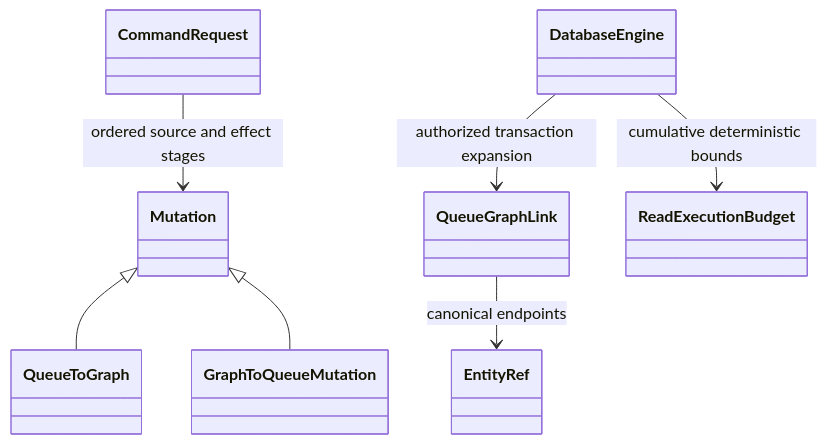
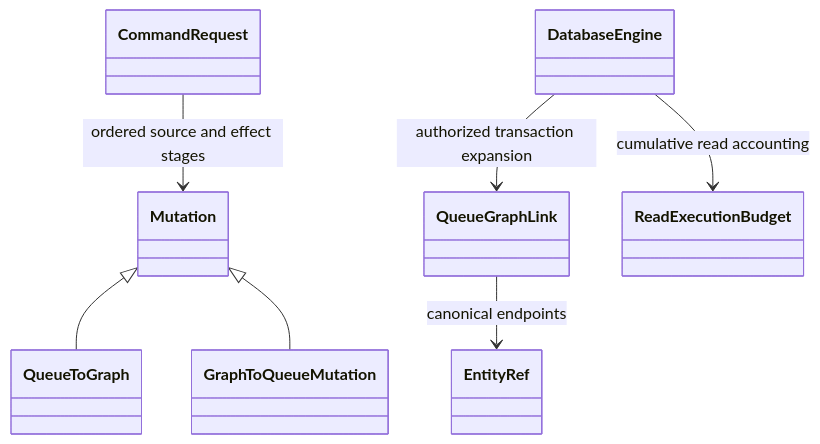
Before and after one commit to managedcode/KeyLoad: the second of 30 diagrams in docs/Architecture.md, drawn with Mermaid. The commit also changed other lines of this file and 958 other files, not shown here.

````diff
--- a/docs/Architecture.md
+++ b/docs/Architecture.md
@@ -43,9 +43,9 @@
 ```mermaid
 classDiagram
     Mutation <|-- QueueToGraph
     Mutation <|-- GraphToQueueMutation
     QueueGraphLink --> EntityRef : canonical endpoints
     CommandRequest --> Mutation : ordered source and effect stages
     DatabaseEngine --> QueueGraphLink : authorized transaction expansion
-    DatabaseEngine --> ReadExecutionBudget : cumulative deterministic bounds
+    DatabaseEngine --> ReadExecutionBudget : cumulative read accounting
 ```
````
